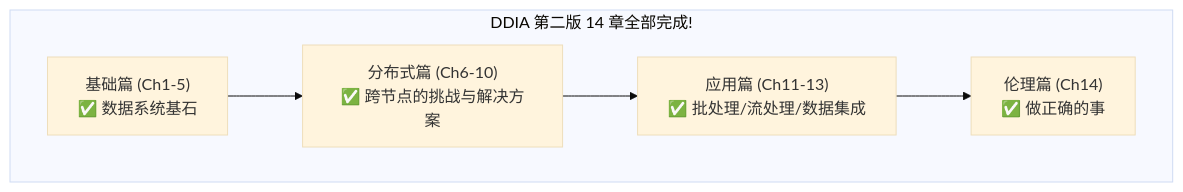
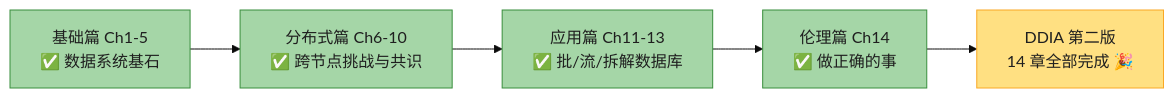
The ninth of 9 diagrams in ch14-做正确的事.md (socoo123/ddia_2nd), drawn with Mermaid (base theme) before and after one commit. The commit also changed other lines of this file and 5 other files, not shown here.

````diff
--- a/ch14-做正确的事.md
+++ b/ch14-做正确的事.md
@@ -156,10 +543,13 @@
 ```mermaid
-graph TB
-    subgraph COMPLETE["DDIA 第二版 14 章全部完成!"]
-        PART1["基础篇 (Ch1-5)<br/>✅ 数据系统基石"]
-        PART2["分布式篇 (Ch6-10)<br/>✅ 跨节点的挑战与解决方案"]
-        PART3["应用篇 (Ch11-13)<br/>✅ 批处理/流处理/数据集成"]
-        PART4["伦理篇 (Ch14)<br/>✅ 做正确的事"]
-        PART1 --> PART2 --> PART3 --> PART4
-    end
+flowchart LR
+    PART1["基础篇 Ch1-5<br/>✅ 数据系统基石"] --> PART2["分布式篇 Ch6-10<br/>✅ 跨节点挑战与共识"]
+    PART2 --> PART3["应用篇 Ch11-13<br/>✅ 批/流/拆解数据库"]
+    PART3 --> PART4["伦理篇 Ch14<br/>✅ 做正确的事"]
+    PART4 --> END["DDIA 第二版<br/>14 章全部完成 🎉"]
+
+    style PART1 fill:#A5D6A7,stroke:#388E3C,color:#1f1f1f
+    style PART2 fill:#A5D6A7,stroke:#388E3C,color:#1f1f1f
+    style PART3 fill:#A5D6A7,stroke:#388E3C,color:#1f1f1f
+    style PART4 fill:#A5D6A7,stroke:#388E3C,color:#1f1f1f
+    style END fill:#FFE082,stroke:#F9A825,color:#1f1f1f
 ```
````
